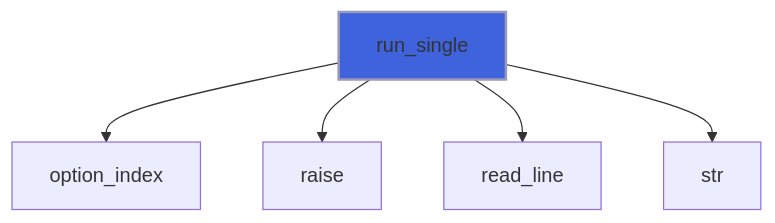
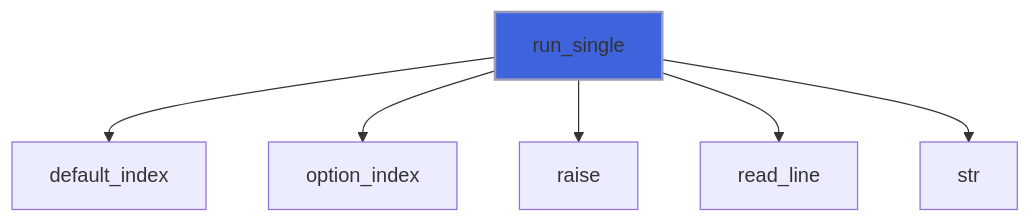
The third of 6 diagrams in docs/api/src/lib/flap_menu_t.md (szaghi/FLAP), drawn with Mermaid before and after one commit. The commit also changed other lines of this file and 5 other files, not shown here.

````diff
--- a/docs/api/src/lib/flap_menu_t.md
+++ b/docs/api/src/lib/flap_menu_t.md
@@ -162,8 +169,9 @@
 ```mermaid
 flowchart TD
+  run_single["run_single"] --> default_index["default_index"]
   run_single["run_single"] --> option_index["option_index"]
   run_single["run_single"] --> raise["raise"]
   run_single["run_single"] --> read_line["read_line"]
   run_single["run_single"] --> str["str"]
   style run_single fill:#3e63dd,stroke:#99b,stroke-width:2px
 ```
````
